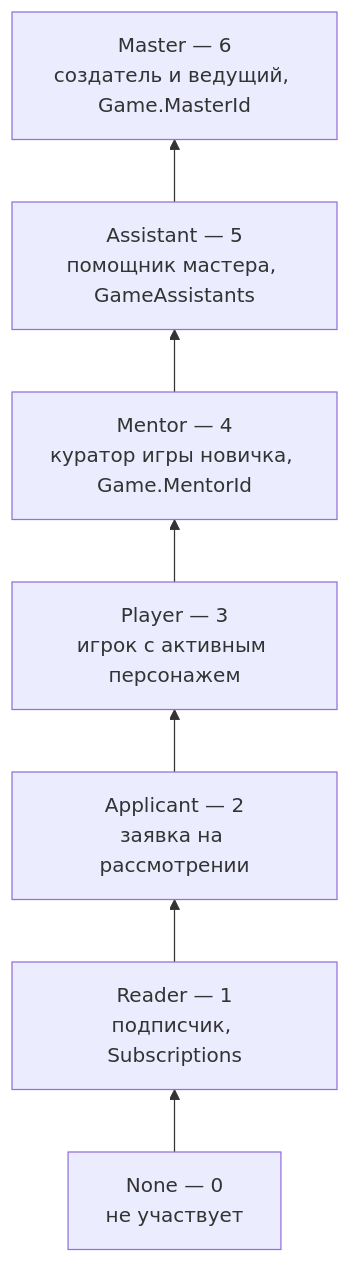
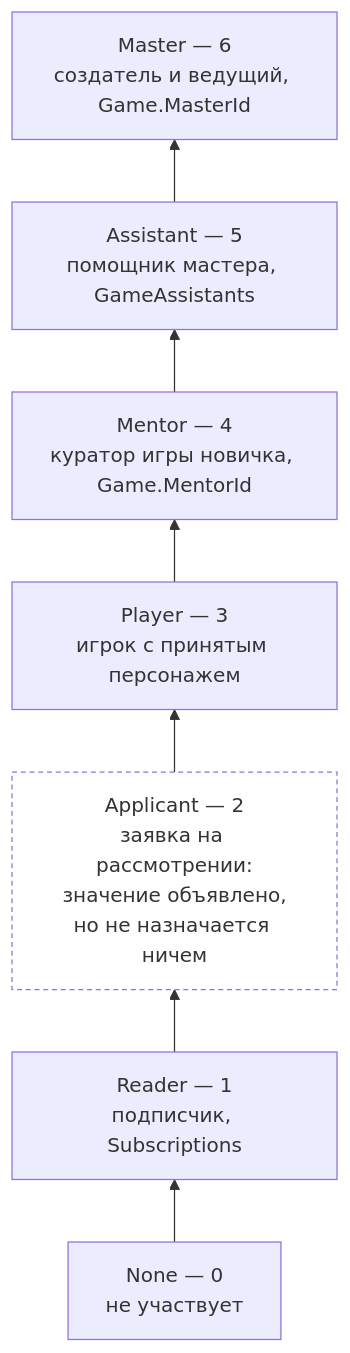
One commit to dm-am/dm3 changed the second of 3 diagrams in docs/architecture/AUTHORIZATION.md. Above: the diagram before and after it, drawn with Mermaid. The commit also changed other lines of this file and 1646 other files, not shown here.

````diff
--- a/docs/architecture/AUTHORIZATION.md
+++ b/docs/architecture/AUTHORIZATION.md
@@ -55,11 +73,14 @@
 ```mermaid
 flowchart BT
     n0["None — 0<br/>не участвует"]
     r1["Reader — 1<br/>подписчик, Subscriptions"]
-    a2["Applicant — 2<br/>заявка на рассмотрении"]
-    p3["Player — 3<br/>игрок с активным персонажем"]
+    a2["Applicant — 2<br/>заявка на рассмотрении:<br/>значение объявлено,<br/>но не назначается ничем"]
+    p3["Player — 3<br/>игрок с принятым персонажем"]
     m4["Mentor — 4<br/>куратор игры новичка, Game.MentorId"]
     as5["Assistant — 5<br/>помощник мастера, GameAssistants"]
     ms6["Master — 6<br/>создатель и ведущий, Game.MasterId"]
     n0 --> r1 --> a2 --> p3 --> m4 --> as5 --> ms6
+
+    classDef aside fill:transparent,stroke-dasharray: 4 3
+    class a2 aside
 ```
````
